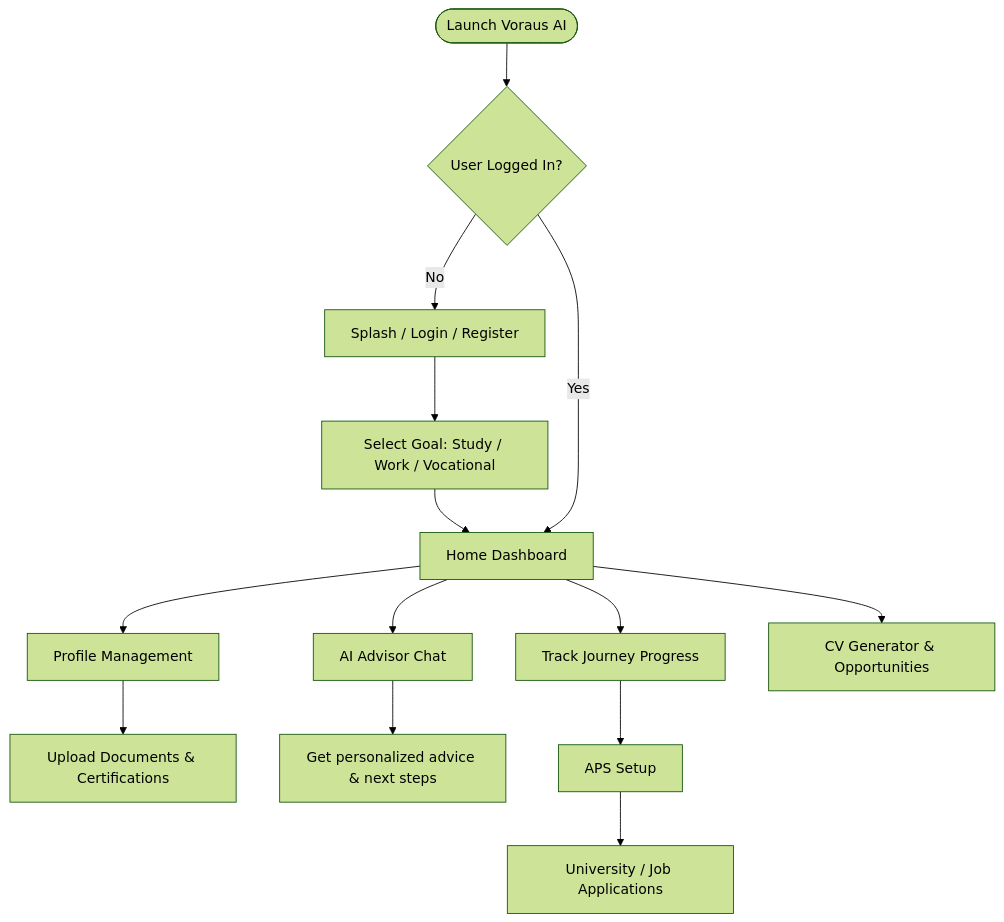
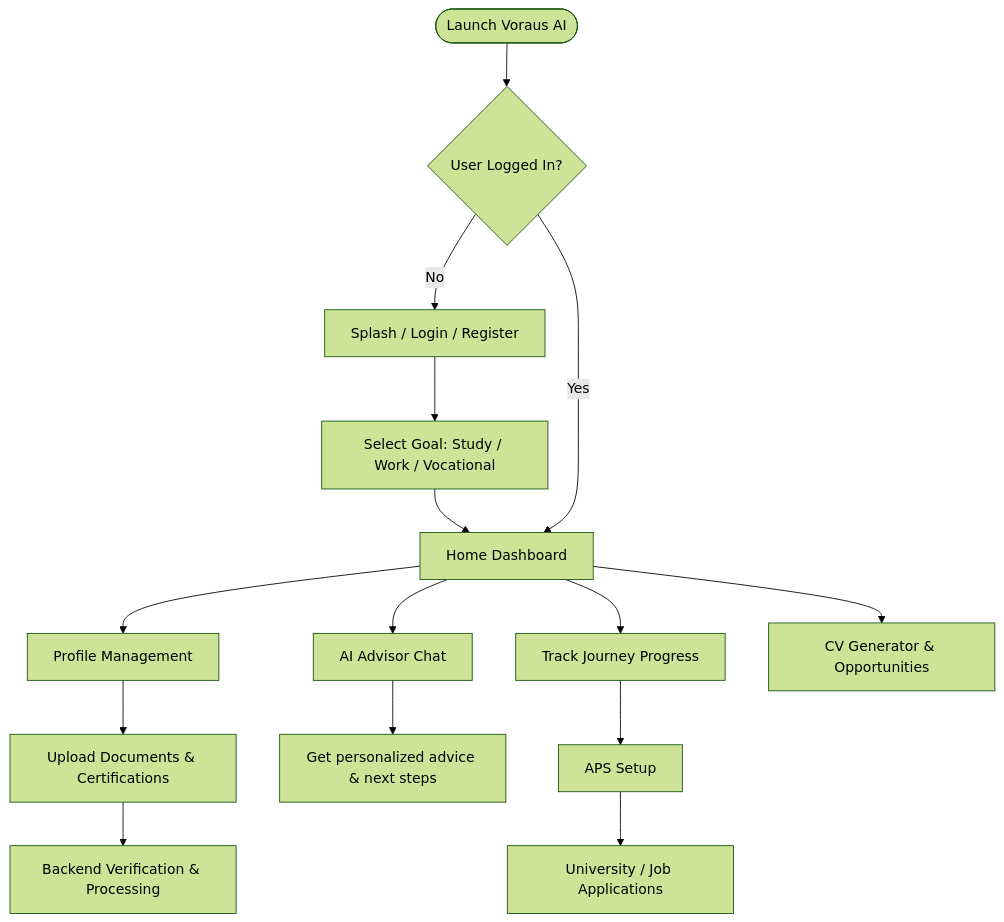
One commit to D-Harsha-vardhan/Voraus-AI changed the diagram in README.md. Above: the diagram before and after it, drawn with Mermaid (forest theme). The commit also changed other lines of this file, not shown here.

Commit message:
docs: expand README with detailed project info and backend setup

````diff
--- a/README.md
+++ b/README.md
@@ -15,20 +36,21 @@
 ```mermaid
 graph TD
     A([Launch Voraus AI]) --> B{User Logged In?}
     B -- No --> C[Splash / Login / Register]
     C --> D[Select Goal: Study / Work / Vocational]
     D --> E[Home Dashboard]
     B -- Yes --> E
     
     E --> F[Profile Management]
     F --> G[Upload Documents & Certifications]
+    G --> G1[Backend Verification & Processing]
     
     E --> H[AI Advisor Chat]
     H --> I[Get personalized advice & next steps]
     
     E --> J[Track Journey Progress]
     J --> K[APS Setup]
     K --> L[University / Job Applications]
     
     E --> M[CV Generator & Opportunities]
 ```
````
